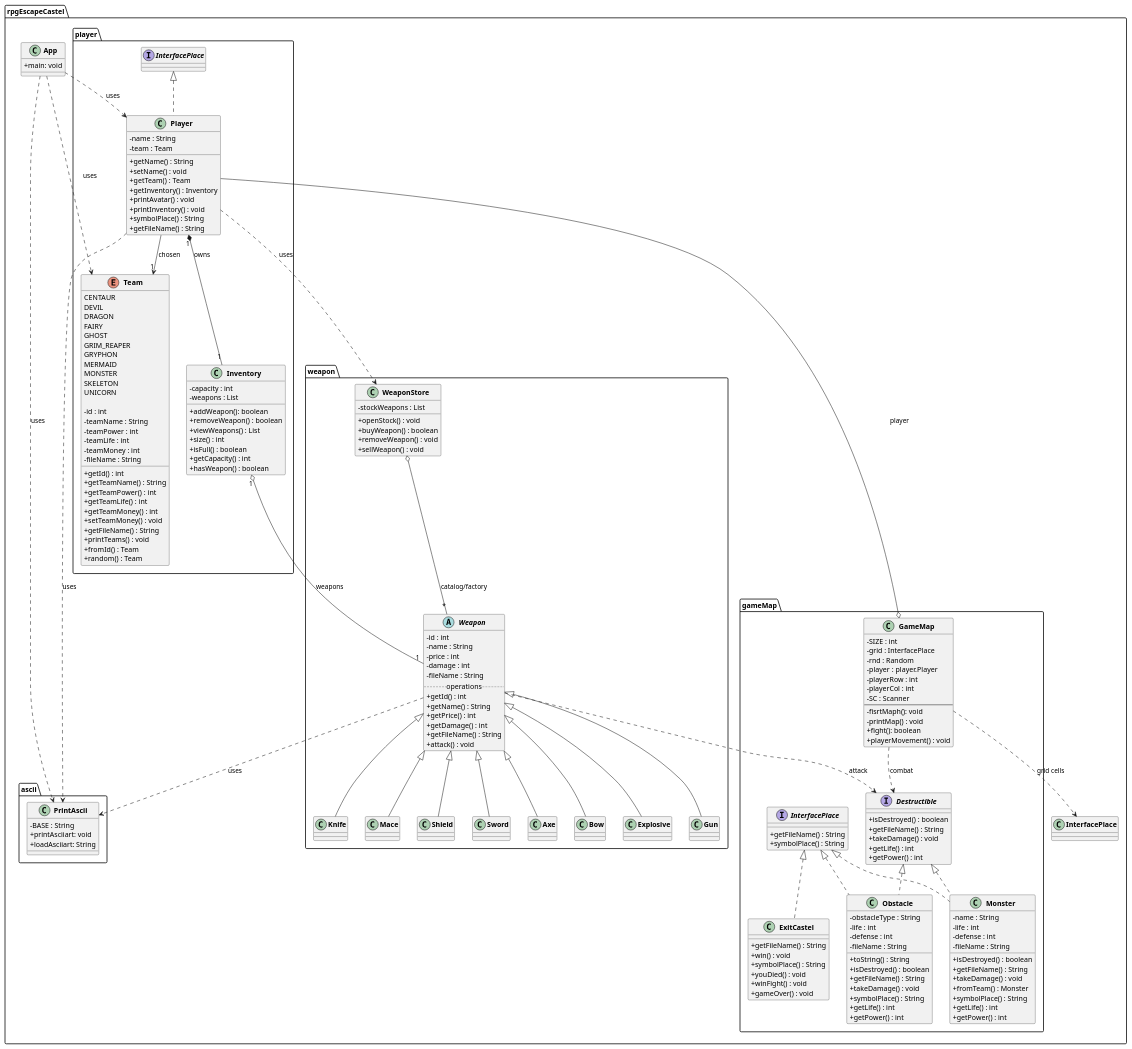
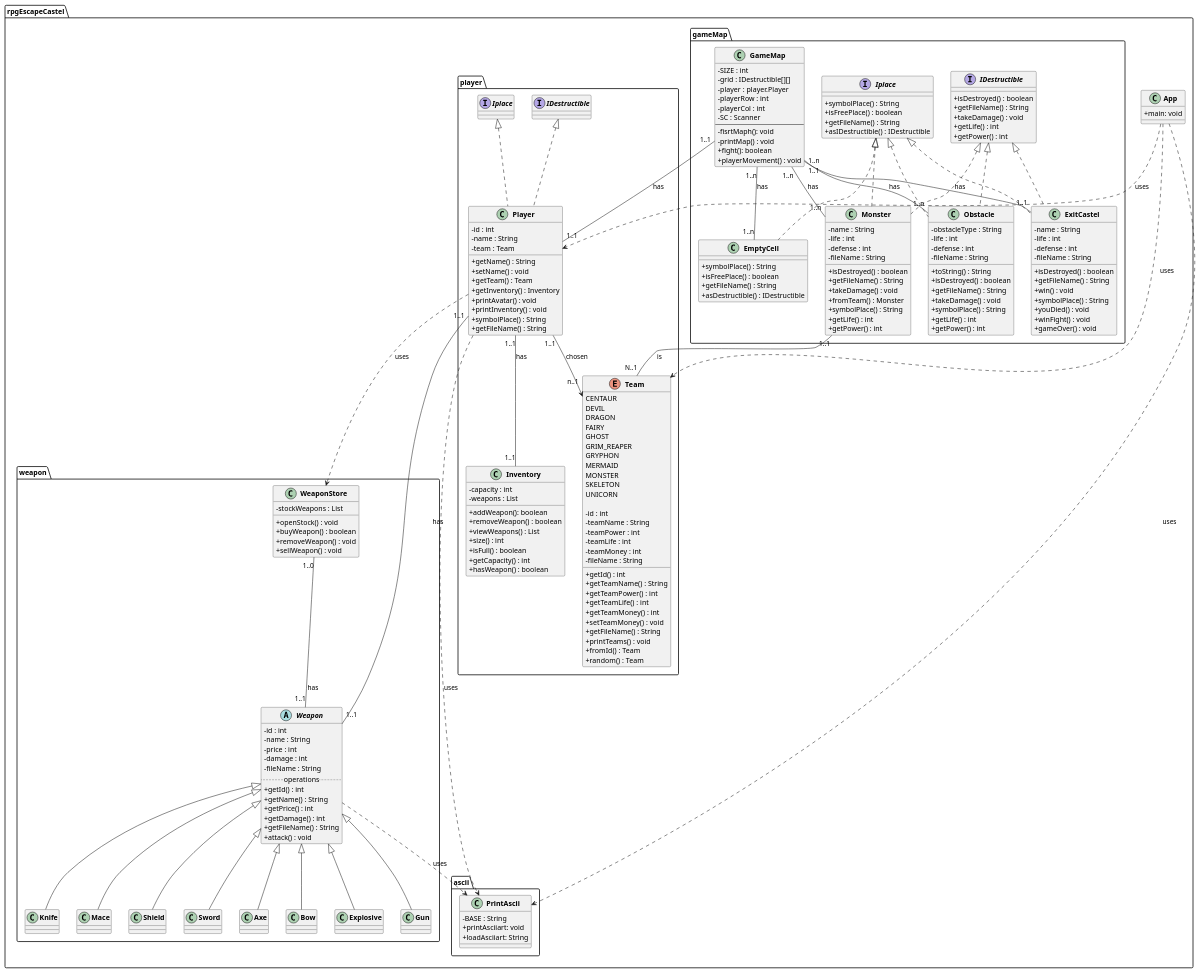
One commit to edusilvaramos/EscapeCastel changed the diagram in diagram.puml. Above: the diagram before and after it, drawn with PlantUML. The commit also changed 11 other files, not shown here.

Commit message:
fix interface and mapFight

```diff
--- a/diagram.puml
+++ b/diagram.puml
@@ -62,7 +62,8 @@
             + hasWeapon() : boolean
         }
 
-        class Player implements InterfacePlace  {
+        class Player implements IDestructible, Iplace {
+            - id : int
             - name : String
             - team : Team
             + getName() : String
@@ -73,8 +74,10 @@
             + printInventory() : void
             + symbolPlace() : String
             + getFileName() : String
+
         }
     }
+
 
     package weapon {
 
@@ -92,15 +95,17 @@
             + getFileName() : String
             + attack() : void
         }
+   
 
-        class Axe extends Weapon
-        class Bow extends Weapon
-        class Explosive extends Weapon
-        class Gun extends Weapon
-        class Knife extends Weapon
-        class Mace extends Weapon
-        class Shield extends Weapon
-        class Sword extends Weapon
+            class Axe extends Weapon
+            class Bow extends Weapon
+            class Explosive extends Weapon
+            class Gun extends Weapon
+            class Knife extends Weapon
+            class Mace extends Weapon
+            class Shield extends Weapon
+            class Sword extends Weapon
+        
 
         class WeaponStore {
             - stockWeapons : List
@@ -117,8 +122,7 @@
 
         class GameMap {
             - SIZE : int
-            - grid : InterfacePlace
-            - rnd : Random
+            - grid : IDestructible[][]
             - player : player.Player
             - playerRow : int
             - playerCol : int
@@ -130,12 +134,7 @@
             + playerMovement() : void
         }
 
-        interface InterfacePlace {
-            + getFileName() : String
-            + symbolPlace() : String
-        }
-
-        interface Destructible {
+        interface IDestructible {
             + isDestroyed() : boolean
             + getFileName() : String
             + takeDamage() : void
@@ -143,7 +142,14 @@
             + getPower() : int
         }
 
-        class Monster implements Destructible, InterfacePlace {
+        interface Iplace {
+            + symbolPlace() : String
+            + isFreePlace() : boolean
+            + getFileName() : String
+            + asIDestructible() : IDestructible
+        }
+
+        class Monster implements IDestructible, Iplace {
             - name : String
             - life : int
             - defense : int
@@ -157,7 +163,7 @@
             + getPower() : int
         }
 
-        class Obstacle implements Destructible, InterfacePlace {
+        class Obstacle implements IDestructible, Iplace {
             - obstacleType : String
             - life : int
             - defense : int
@@ -171,7 +177,12 @@
             + getPower() : int
         }
 
-        class ExitCastel implements InterfacePlace {
+        class ExitCastel implements IDestructible, Iplace {
+            - name : String
+            - life : int
+            - defense : int
+            - fileName : String
+            + isDestroyed() : boolean
             + getFileName() : String
             + win() : void
             + symbolPlace() : String
@@ -179,26 +190,31 @@
             + winFight() : void
             + gameOver() : void
         }
+        class EmptyCell implements Iplace {
+            + symbolPlace() : String
+            + isFreePlace() : boolean
+            + getFileName() : String
+            + asDestructible() : IDestructible
+        }
 
 
     }
-
     App ..> ascii.PrintAscii : uses
-    player.Player ..> ascii.PrintAscii : uses
-
-    player.Player "1" *-- "1" Inventory : owns
-    player.Inventory "1" o-- "1" Weapon : weapons
-    player.Player --> "1" Team : chosen
-    player.Player ..> WeaponStore : uses
-
+    Player ..> ascii.PrintAscii : uses
+    Player ..> WeaponStore : uses
     App ..> Player : uses
     App ..> Team : uses
     Weapon ..> PrintAscii : uses
-    Weapon ..> Destructible : attack
-    WeaponStore o-- "*" Weapon : catalog/factory
-    GameMap o-- Player : player
-    GameMap ..> InterfacePlace : grid cells
-    GameMap ..> Destructible : combat
+    Player "1..1" -- "1..1" Weapon : has
+    Player "1..1" -- "1..1" Inventory: has
+    Player "1..1" --> "n..1" Team : chosen
+    Monster "1..1" -- "N..1" Team : is
+    WeaponStore "1..0" -- "1..1" Weapon : has
+    GameMap "1..1" -- "1..1" Player : has
+    GameMap "1..n" -- "1..n" Obstacle : has
+    GameMap "1..n" -- "1..n" Monster : has
+    GameMap "1..1" -- "1..1" ExitCastel : has
+    GameMap "1..n" -- "1..n" EmptyCell : has
 }
 
 @enduml
```
